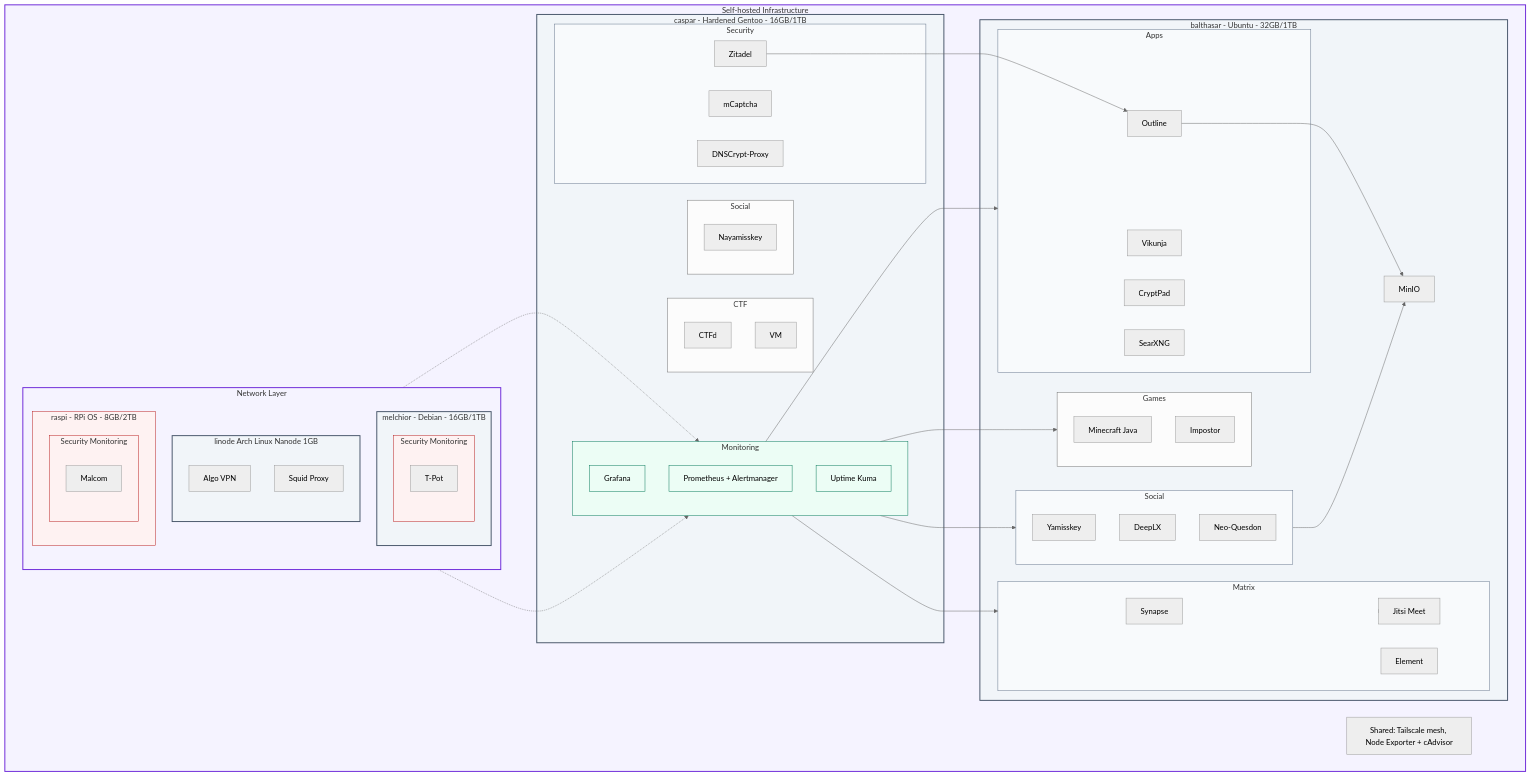
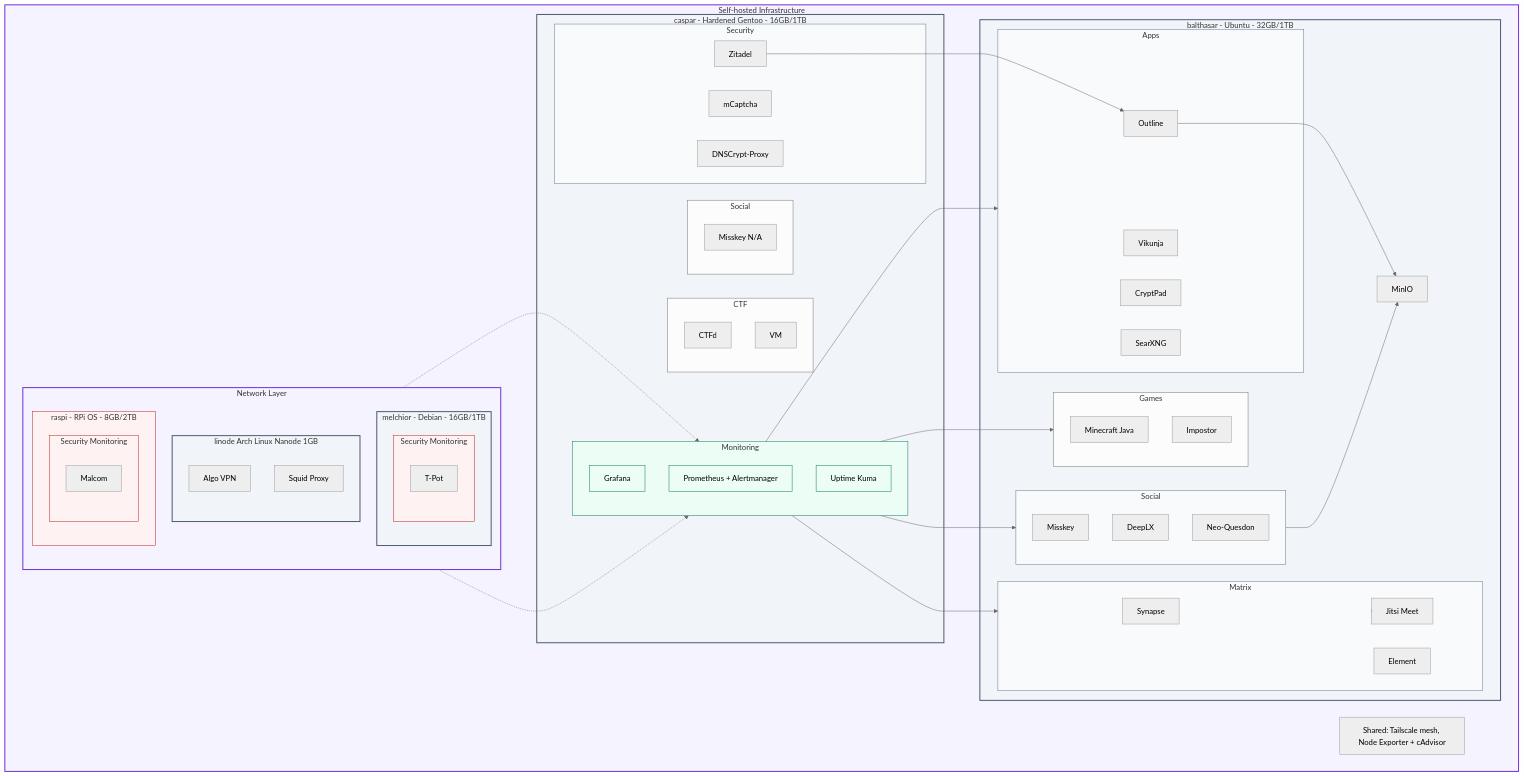
One commit to yamisskey-dev/hosted-list changed the diagram in README.md. Above: the diagram before and after it, drawn with Mermaid (neutral theme).

```diff
--- a/README.md
+++ b/README.md
@@ -27,14 +27,14 @@
             browser-vm[VM]
         end
         subgraph social_caspar[Social]
-            nayamisskey[Nayamisskey]
+            nayamisskey[Misskey N/A]
         end
     end
 
     subgraph balthasar[balthasar - Ubuntu - 32GB/1TB]
         minio[MinIO]
         subgraph social[Social]
-            yamisskey[Yamisskey]
+            yamisskey[Misskey]
             deeplx[DeepLX]
             neoquesdon[Neo-Quesdon]
         end
```
